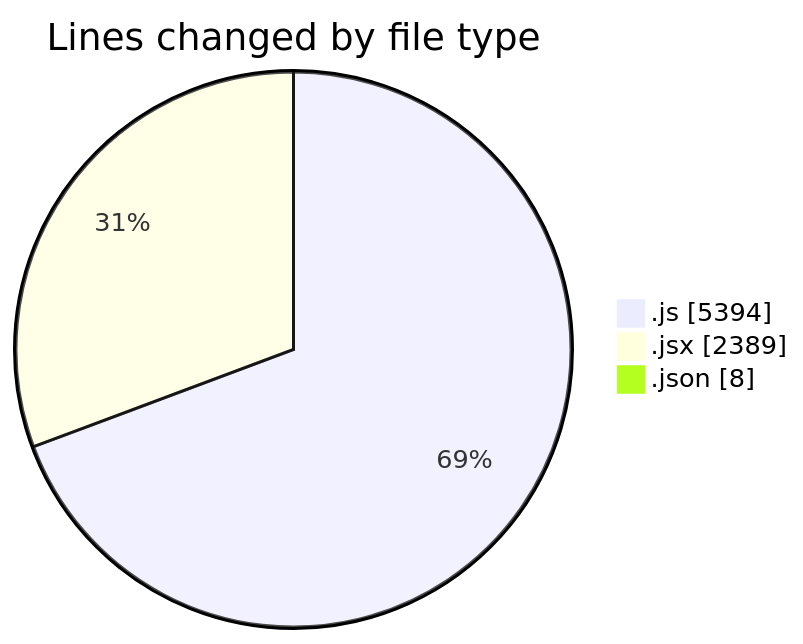
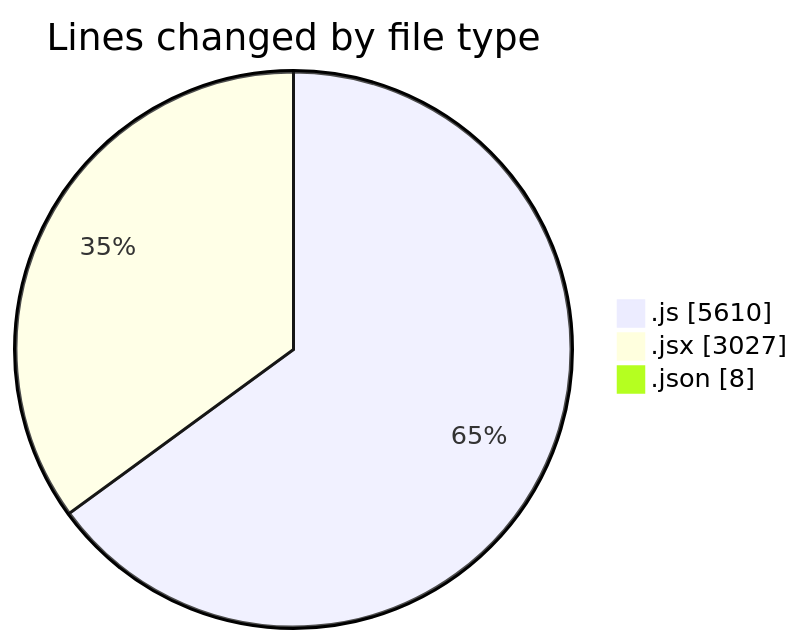
One commit to nxtqubesakshisongat/code-tracking changed the first of 2 diagrams in 2025-07-23/nxtqube_webapp/README.md. Above: the diagram before and after it, drawn with Mermaid. The commit also changed other lines of this file and 1 other file, not shown here.

````diff
--- a/2025-07-23/nxtqube_webapp/README.md
+++ b/2025-07-23/nxtqube_webapp/README.md
@@ -54,7 +57,7 @@
 ```mermaid
 pie showData
 title Lines changed by file type
-".js" : 5394
-".jsx" : 2389
+".js" : 5610
+".jsx" : 3027
 ".json" : 8
 ```
````
